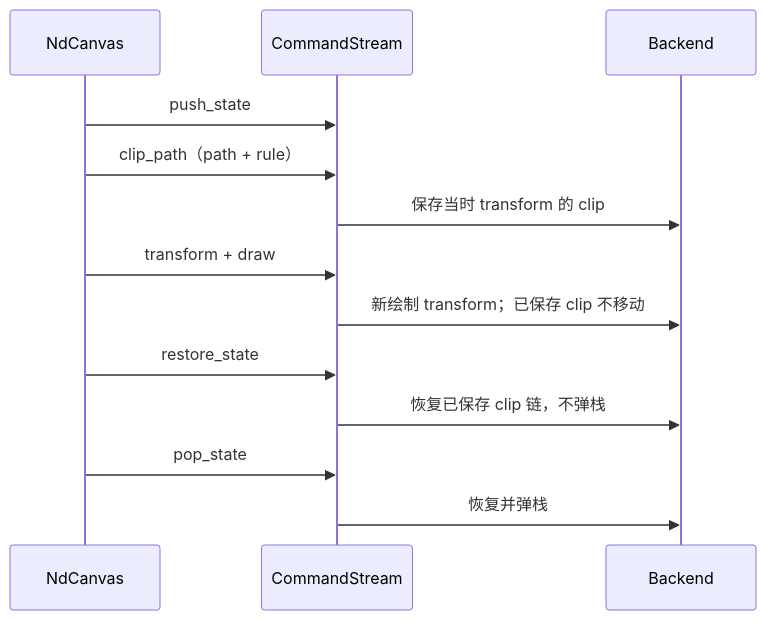
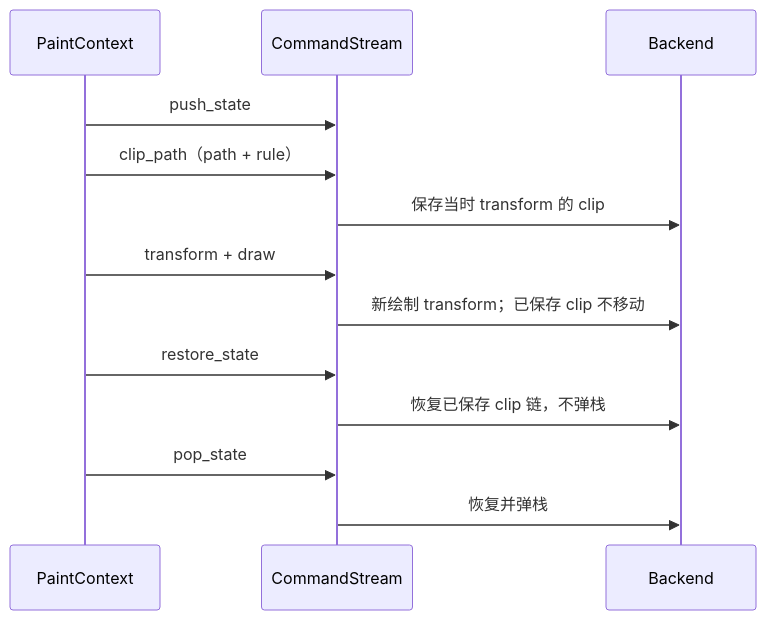
One commit to yezhang/novadraw changed the diagram in engine/wasm_rust/novadraw/doc/design/rendering/p2-g01-graphics-extension.md. Above: the diagram before and after it, drawn with Mermaid. The commit also changed other lines of this file and 22 other files, not shown here.

Commit message:
记录 Graphics 单入口决策与验证

````diff
--- a/engine/wasm_rust/novadraw/doc/design/rendering/p2-g01-graphics-extension.md
+++ b/engine/wasm_rust/novadraw/doc/design/rendering/p2-g01-graphics-extension.md
@@ -142,15 +142,15 @@
 ```mermaid
 sequenceDiagram
-    participant C as NdCanvas
+    participant C as PaintContext
     participant I as CommandStream
     participant B as Backend
     C->>I: push_state
     C->>I: clip_path（path + rule）
     I->>B: 保存当时 transform 的 clip
     C->>I: transform + draw
     I->>B: 新绘制 transform；已保存 clip 不移动
     C->>I: restore_state
     I->>B: 恢复已保存 clip 链，不弹栈
     C->>I: pop_state
     I->>B: 恢复并弹栈
 ```
````
